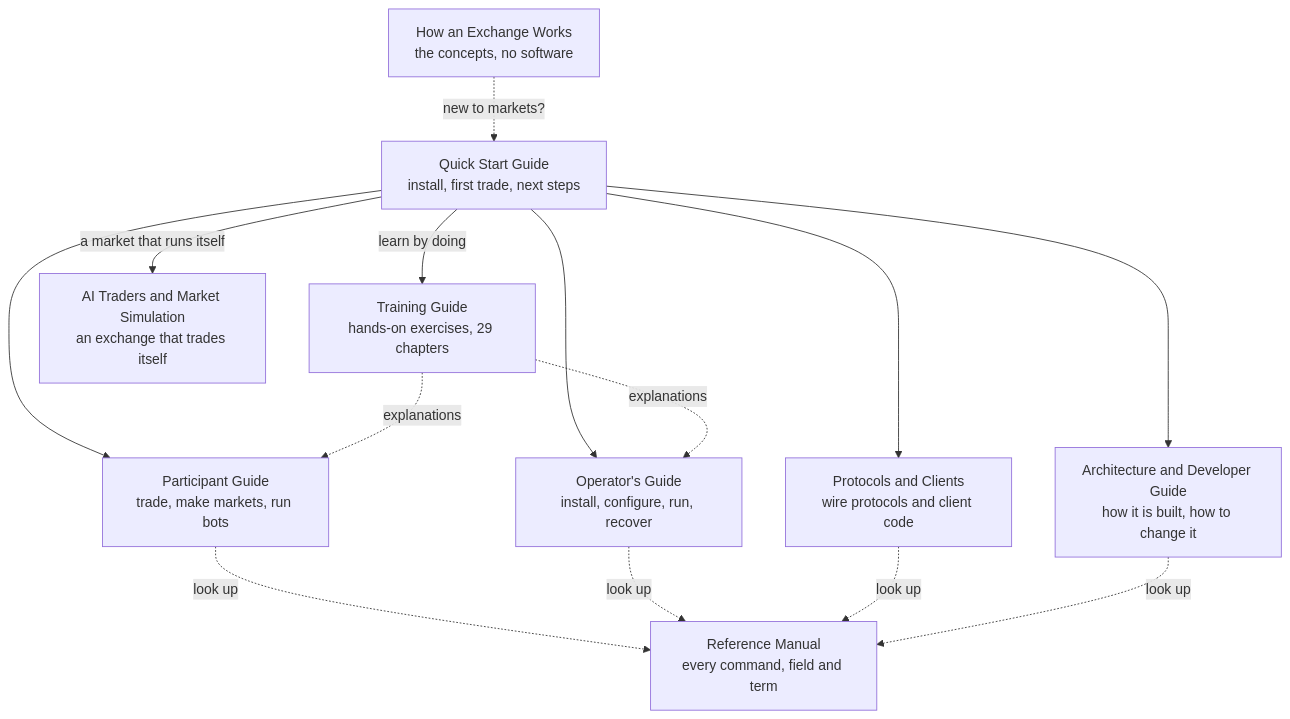
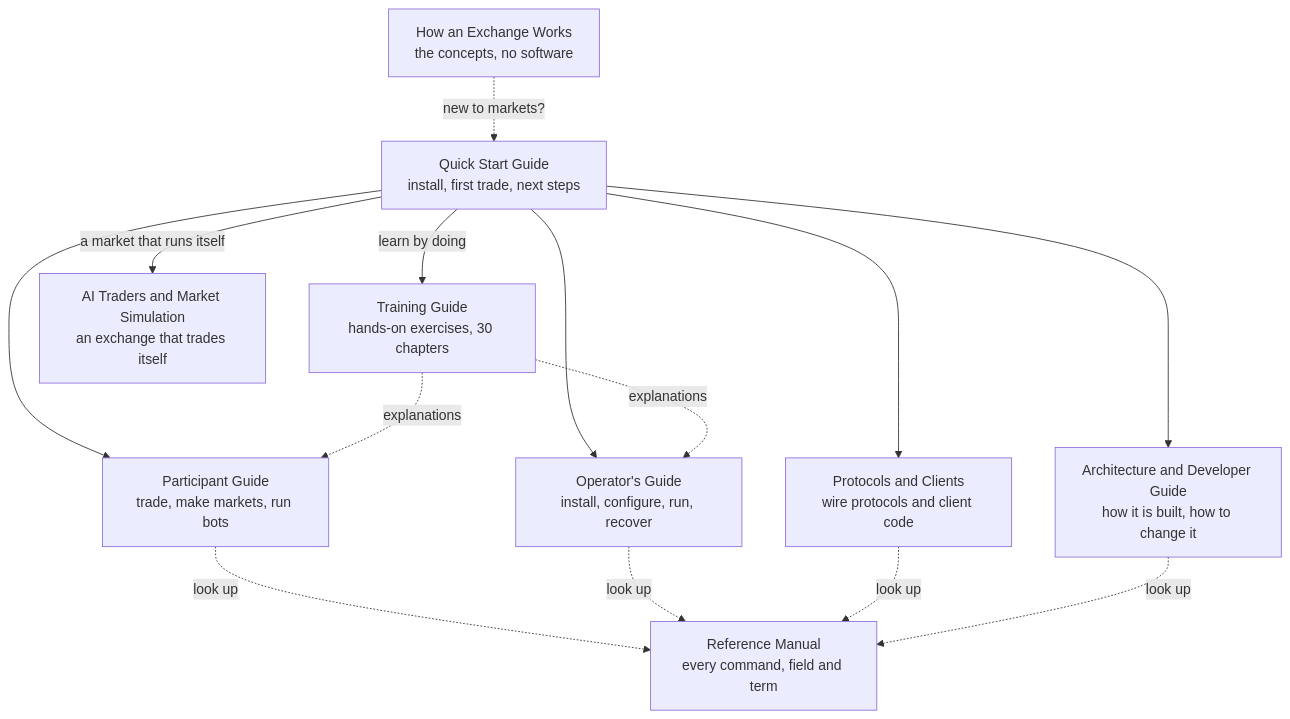
Before and after one commit to johan162/EduMatcher: the diagram in docs/books/quick-start/00-front/010-how-to-use-this-book.md, drawn with Mermaid. The commit also changed 20 other files, not shown here.

Commit message:
docs(training): chapter 20 "Closing the Day" with pm-eod exercises

````diff
--- a/docs/books/quick-start/00-front/010-how-to-use-this-book.md
+++ b/docs/books/quick-start/00-front/010-how-to-use-this-book.md
@@ -49,26 +49,26 @@
 ```mermaid
 flowchart TD
     B0["How an Exchange Works\nthe concepts, no software"]
     QS["Quick Start Guide\ninstall, first trade, next steps"]
-    TG["Training Guide\nhands-on exercises, 29 chapters"]
+    TG["Training Guide\nhands-on exercises, 30 chapters"]
     PG["Participant Guide\ntrade, make markets, run bots"]
     OG["Operator's Guide\ninstall, configure, run, recover"]
     PC["Protocols and Clients\nwire protocols and client code"]
     AD["Architecture and Developer Guide\nhow it is built, how to change it"]
     RM["Reference Manual\nevery command, field and term"]
     AI["AI Traders and Market Simulation\nan exchange that trades itself"]
 
     B0 -.->|"new to markets?"| QS
     QS --> PG
     QS --> OG
     QS --> PC
     QS --> AD
     QS -->|"learn by doing"| TG
     QS -->|"a market that runs itself"| AI
     TG -.->|"explanations"| PG
     TG -.->|"explanations"| OG
     PG -.->|"look up"| RM
     OG -.->|"look up"| RM
     PC -.->|"look up"| RM
     AD -.->|"look up"| RM
 ```
````
